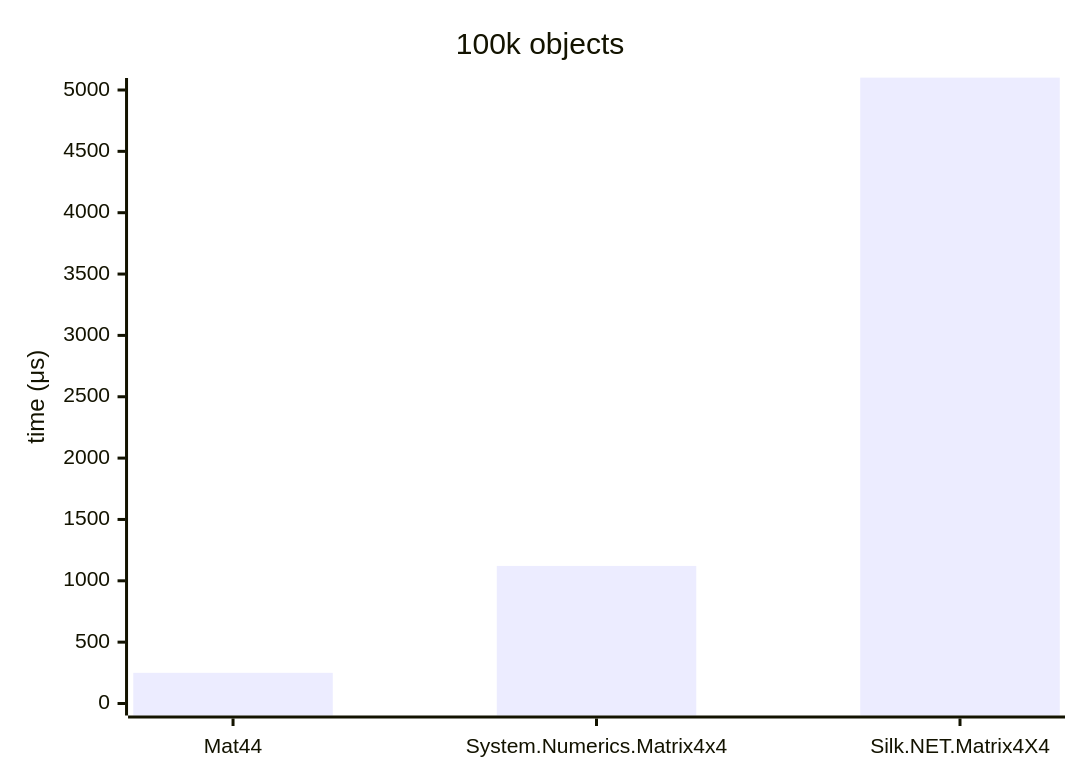
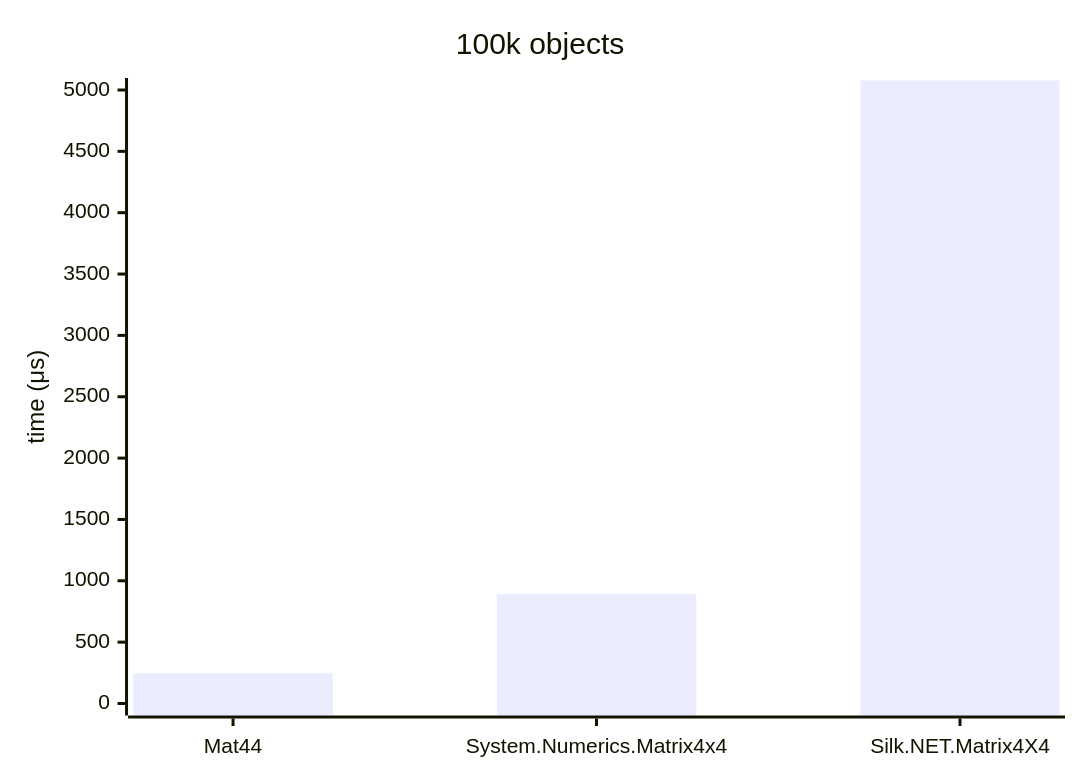
The second of 3 diagrams in reports/mat44-f32-affine.md (malstraem/generic-simd-numerics), drawn with Mermaid before and after one commit. The commit also changed other lines of this file and 90 other files, not shown here.

````diff
--- a/reports/mat44-f32-affine.md
+++ b/reports/mat44-f32-affine.md
@@ -268,7 +268,7 @@
 ```mermaid
 xychart
     title "100k objects"
     x-axis [Mat44, System.Numerics.Matrix4x4, Silk.NET.Matrix4X4]
     y-axis "time (μs)" 0 --> 5000
-    bar [250, 1121, 5101]
+    bar [246, 890, 5078]
 ```
````
